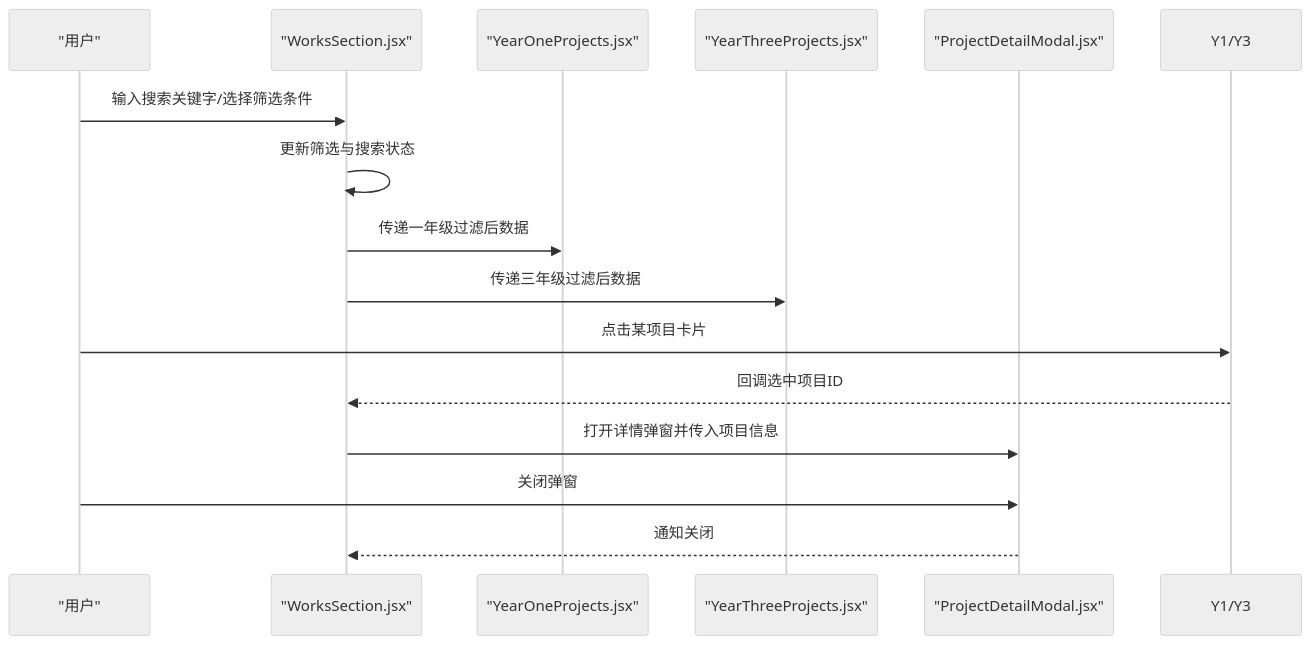
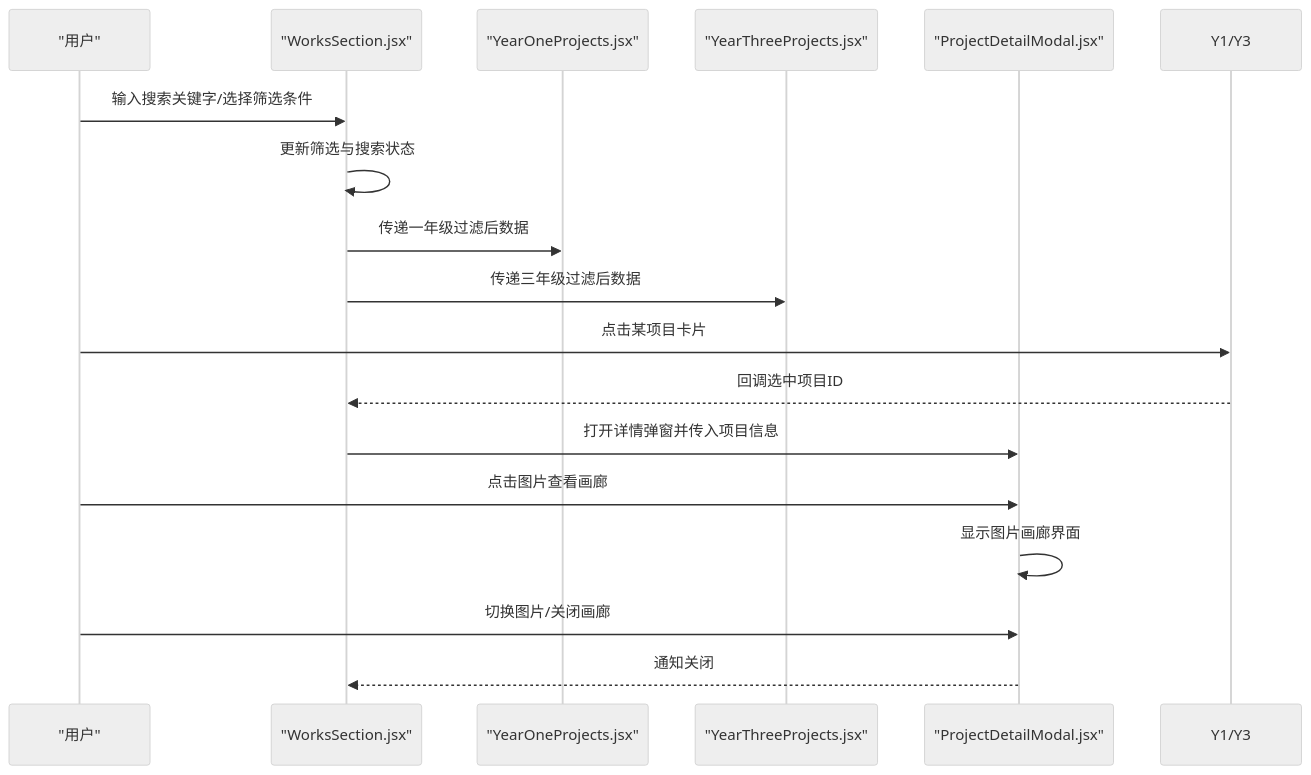
Before and after one commit to lithos666/lithos666.github.io: the second of 4 diagrams in .qoder/repowiki/zh/content/核心功能模块/作品展示组件/作品展示主组件.md, drawn with Mermaid (neutral theme). The commit also changed other lines of this file and 30 other files, not shown here.

````diff
--- a/.qoder/repowiki/zh/content/核心功能模块/作品展示组件/作品展示主组件.md
+++ b/.qoder/repowiki/zh/content/核心功能模块/作品展示组件/作品展示主组件.md
@@ -106,17 +118,19 @@
 ```mermaid
 sequenceDiagram
 participant U as "用户"
 participant WS as "WorksSection.jsx"
 participant Y1 as "YearOneProjects.jsx"
 participant Y3 as "YearThreeProjects.jsx"
 participant PM as "ProjectDetailModal.jsx"
 U->>WS : 输入搜索关键字/选择筛选条件
 WS->>WS : 更新筛选与搜索状态
 WS->>Y1 : 传递一年级过滤后数据
 WS->>Y3 : 传递三年级过滤后数据
 U->>Y1/Y3 : 点击某项目卡片
 Y1/Y3-->>WS : 回调选中项目ID
 WS->>PM : 打开详情弹窗并传入项目信息
-U->>PM : 关闭弹窗
+U->>PM : 点击图片查看画廊
+PM->>PM : 显示图片画廊界面
+U->>PM : 切换图片/关闭画廊
 PM-->>WS : 通知关闭
 ```
````
